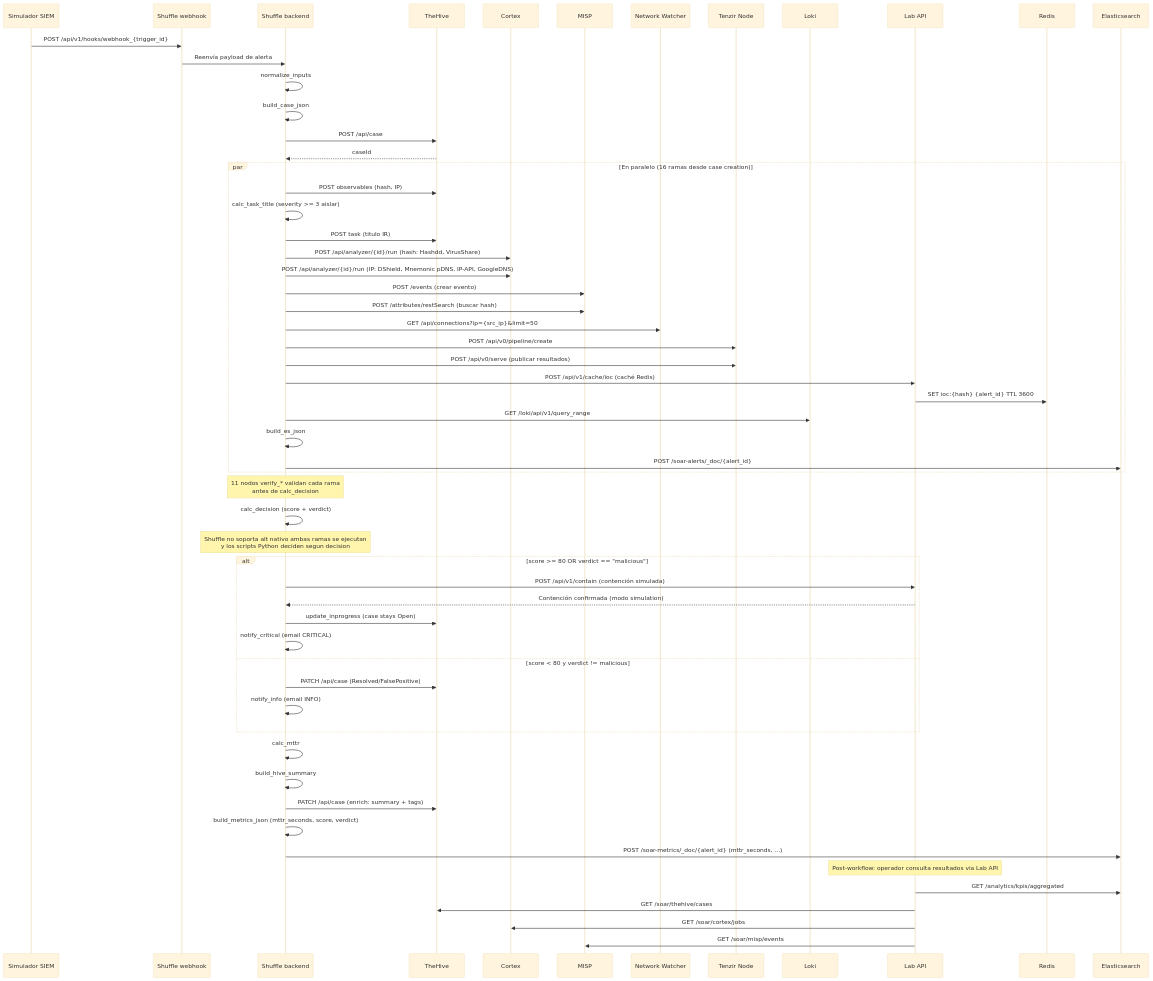
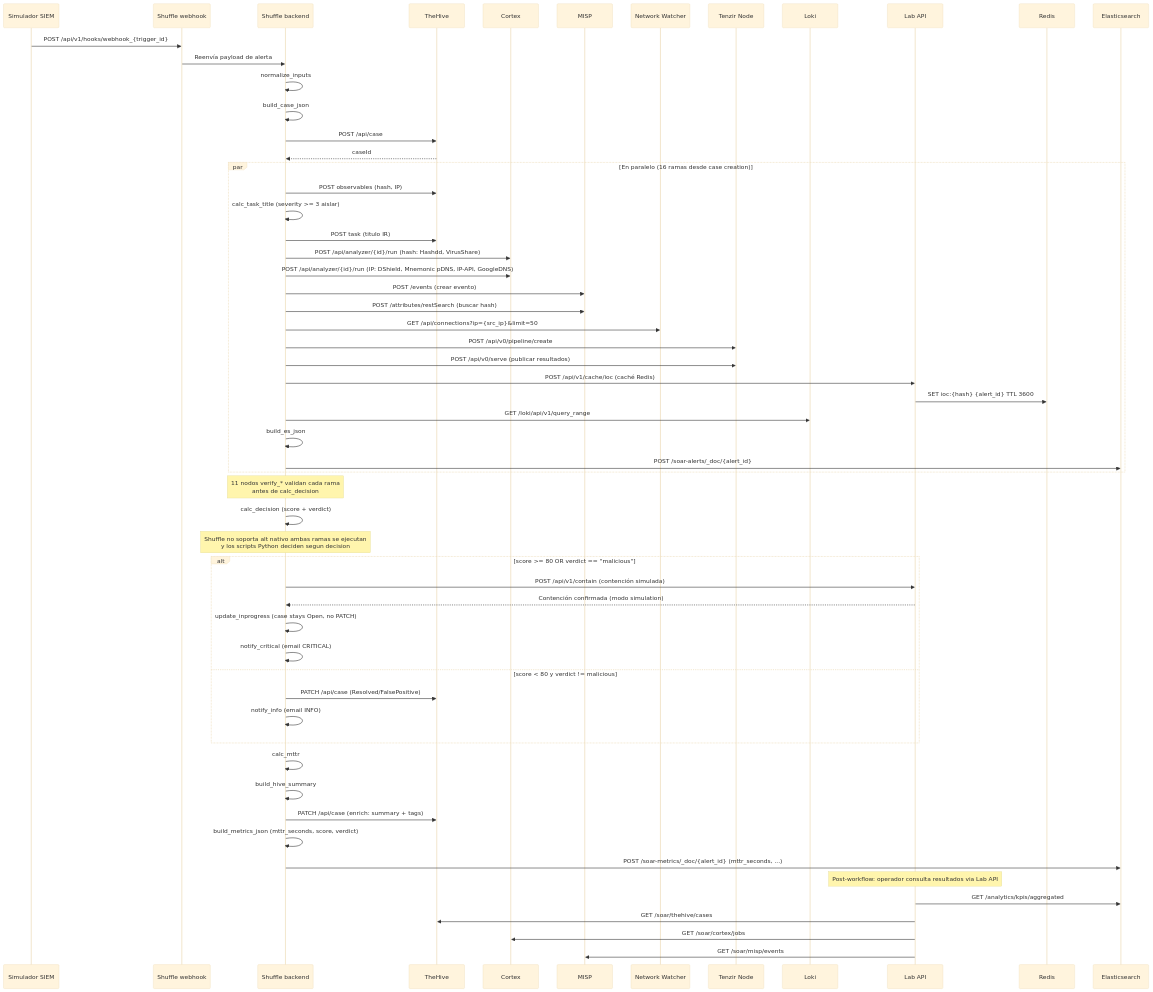
One commit to alesanfe/soar-ransomware-lab changed the fifth of 12 diagrams in docs/thesis/appendix_f.md. Above: the diagram before and after it, drawn with Mermaid (base theme).

Commit message:
fix(thesis): F.5 - update_inprogress es Backend->>Backend no Backend->>TheHive
update_inprogress.py no envia ninguna peticion HTTP a TheHive.
Solo confirma que el caso se queda Open (status=Open) sin hacer PATCH,
porque TheHive 5 solo soporta Open/Resolved/Deleted como status de caso
(InProgress no es valido y PATCH devuelve HTTP 400).

Source: scripts/setup/shuffle_workflow/scripts/update_inprogress.py:1-42
        workflow_actions.py:749-756 (ACT_UPDATE_INPROGRESS es execute_python_action)

````diff
--- a/docs/thesis/appendix_f.md
+++ b/docs/thesis/appendix_f.md
@@ -248,61 +248,61 @@
 ```mermaid
 sequenceDiagram
  participant Sim as Simulador SIEM
  participant Shuffle as Shuffle webhook
  participant Backend as Shuffle backend
  participant TheHive as TheHive
  participant Cortex as Cortex
  participant MISP as MISP
  participant NW as Network Watcher
  participant Tenzir as Tenzir Node
  participant Loki as Loki
  participant API as Lab API
  participant Redis as Redis
  participant ES as Elasticsearch
 
  Sim->>Shuffle: POST /api/v1/hooks/webhook_{trigger_id}
  Shuffle->>Backend: Reenvía payload de alerta
  Backend->>Backend: normalize_inputs
  Backend->>Backend: build_case_json
  Backend->>TheHive: POST /api/case
  TheHive-->>Backend: caseId
  par En paralelo (16 ramas desde case creation)
    Backend->>TheHive: POST observables (hash, IP)
    Backend->>Backend: calc_task_title (severity >= 3 aislar)
    Backend->>TheHive: POST task (titulo IR)
    Backend->>Cortex: POST /api/analyzer/{id}/run (hash: Hashdd, VirusShare)
    Backend->>Cortex: POST /api/analyzer/{id}/run (IP: DShield, Mnemonic pDNS, IP-API, GoogleDNS)
    Backend->>MISP: POST /events (crear evento)
    Backend->>MISP: POST /attributes/restSearch (buscar hash)
    Backend->>NW: GET /api/connections?ip={src_ip}&limit=50
    Backend->>Tenzir: POST /api/v0/pipeline/create
    Backend->>Tenzir: POST /api/v0/serve (publicar resultados)
    Backend->>API: POST /api/v1/cache/ioc (caché Redis)
    API->>Redis: SET ioc:{hash} {alert_id} TTL 3600
    Backend->>Loki: GET /loki/api/v1/query_range
    Backend->>Backend: build_es_json
    Backend->>ES: POST /soar-alerts/_doc/{alert_id}
  end
  Note over Backend: 11 nodos verify_* validan cada rama<br/>antes de calc_decision
  Backend->>Backend: calc_decision (score + verdict)
  Note over Backend: Shuffle no soporta alt nativo ambas ramas se ejecutan<br/>y los scripts Python deciden segun decision
  alt score >= 80 OR verdict == "malicious"
    Backend->>API: POST /api/v1/contain (contención simulada)
    API-->>Backend: Contención confirmada (modo simulation)
-   Backend->>TheHive: update_inprogress (case stays Open)
+   Backend->>Backend: update_inprogress (case stays Open, no PATCH)
    Backend->>Backend: notify_critical (email CRITICAL)
  else score < 80 y verdict != malicious
    Backend->>TheHive: PATCH /api/case (Resolved/FalsePositive)
    Backend->>Backend: notify_info (email INFO)
  end
  Backend->>Backend: calc_mttr
  Backend->>Backend: build_hive_summary
  Backend->>TheHive: PATCH /api/case (enrich: summary + tags)
  Backend->>Backend: build_metrics_json (mttr_seconds, score, verdict)
  Backend->>ES: POST /soar-metrics/_doc/{alert_id} (mttr_seconds, ...)
  Note over API: Post-workflow: operador consulta resultados via Lab API
  API->>ES: GET /analytics/kpis/aggregated
  API->>TheHive: GET /soar/thehive/cases
  API->>Cortex: GET /soar/cortex/jobs
  API->>MISP: GET /soar/misp/events
 ```
````
